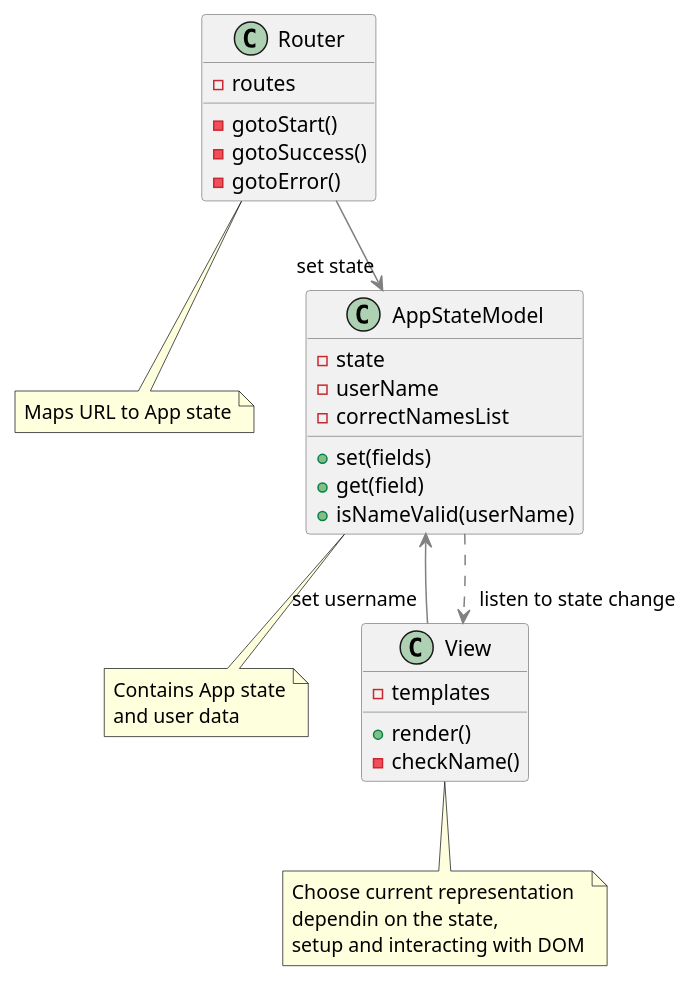
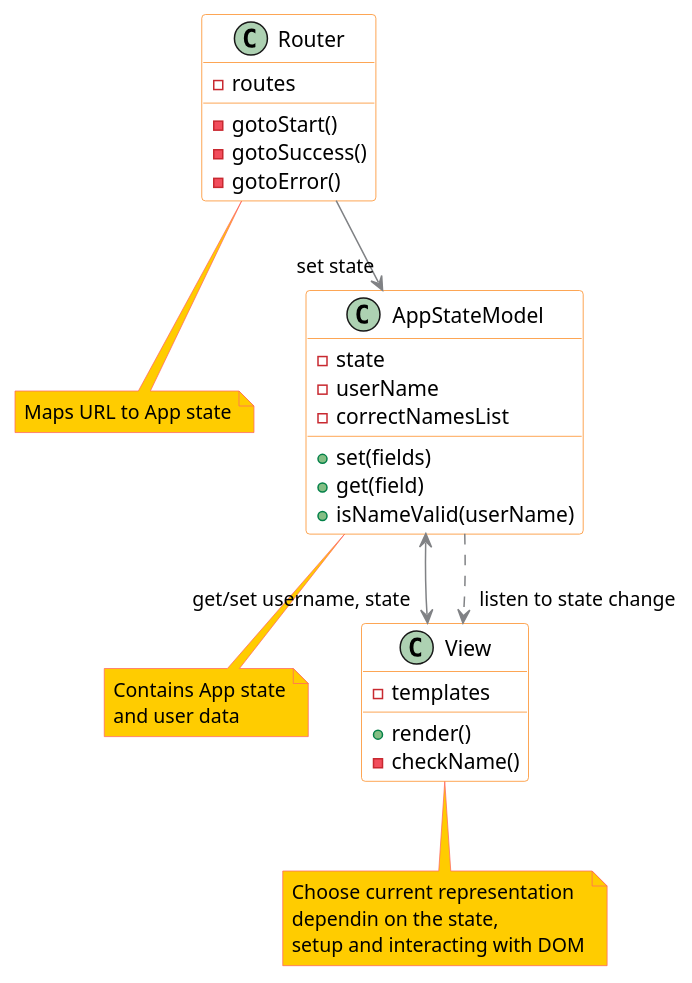
One commit to andre487/view-testing-examples changed the diagram in backbone/backbone-architecture.puml. Above: the diagram before and after it, drawn with PlantUML. The commit also changed 5 other files, not shown here.

Commit message:
UML styling

```diff
--- a/backbone/backbone-architecture.puml
+++ b/backbone/backbone-architecture.puml
@@ -1,41 +1,47 @@
 @startuml
     top to bottom direction
 
     skinparam class {
-        ArrowColor gray
-        BorderColor gray
+        BackgroundColor White
+        BorderColor #fd891c
+        ArrowColor #808285
     }
+    skinparam note {
+        BackgroundColor #ffcc00
+        BorderColor #ff6665
+    }
+    skinparam stereotypeCBackgroundColor #9d65a9
     skinparam shadowing false
 
     note "Maps URL to App state" as RouterNote
     note "Contains App state\nand user data" as AppStateModelNote
     note "Choose current representation\ndependin on the state,\nsetup and interacting with DOM" as ViewNote
 
     class Router
     Router : -routes
     Router : -gotoStart()
     Router : -gotoSuccess()
     Router : -gotoError()
 
     class AppStateModel
     AppStateModel : -state
     AppStateModel : -userName
     AppStateModel : -correctNamesList
     AppStateModel : +set(fields)
     AppStateModel : +get(field)
     AppStateModel : +isNameValid(userName)
 
     class View
     View : -templates
     View : +render()
     View : -checkName()
 
     Router .. RouterNote
     AppStateModel .. AppStateModelNote
     View .. ViewNote
 
     Router --> "set state" AppStateModel
 
-    AppStateModel <-- "set username" View
+    AppStateModel <--> "get/set username, state" View
     AppStateModel ..> "listen to state change" View
 @enduml
```
